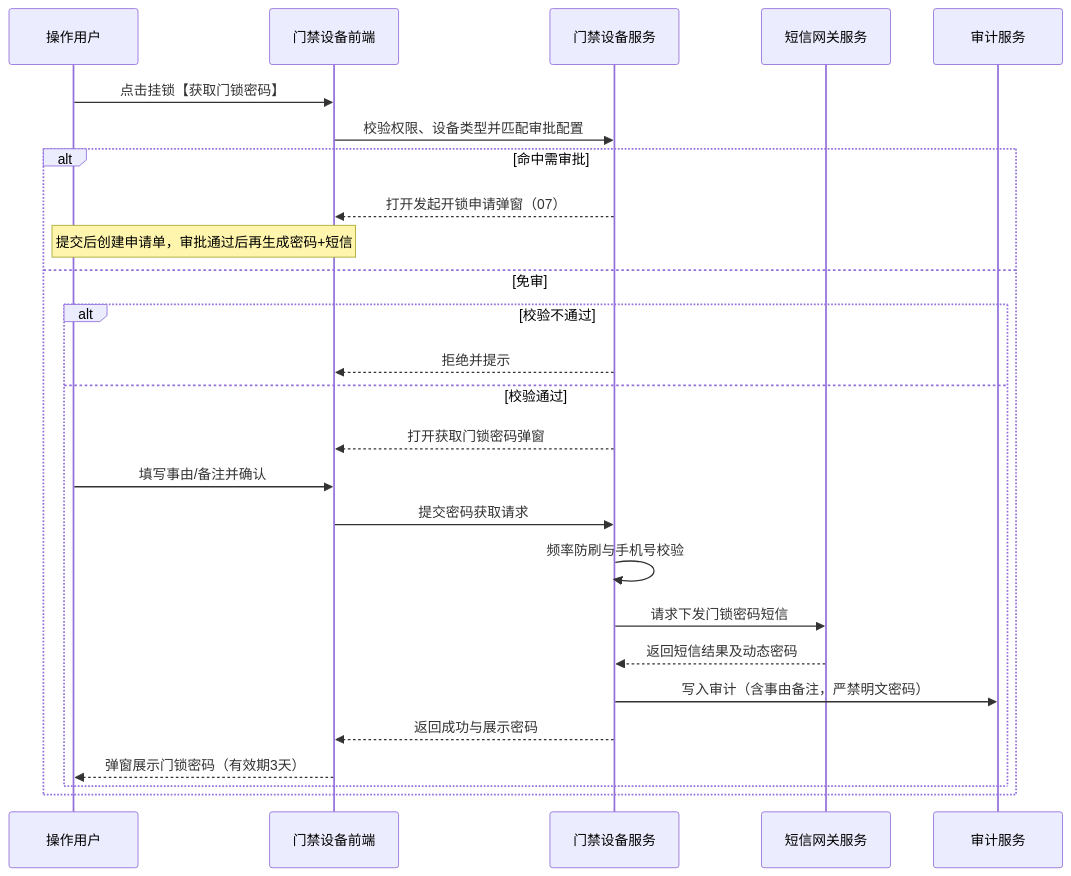
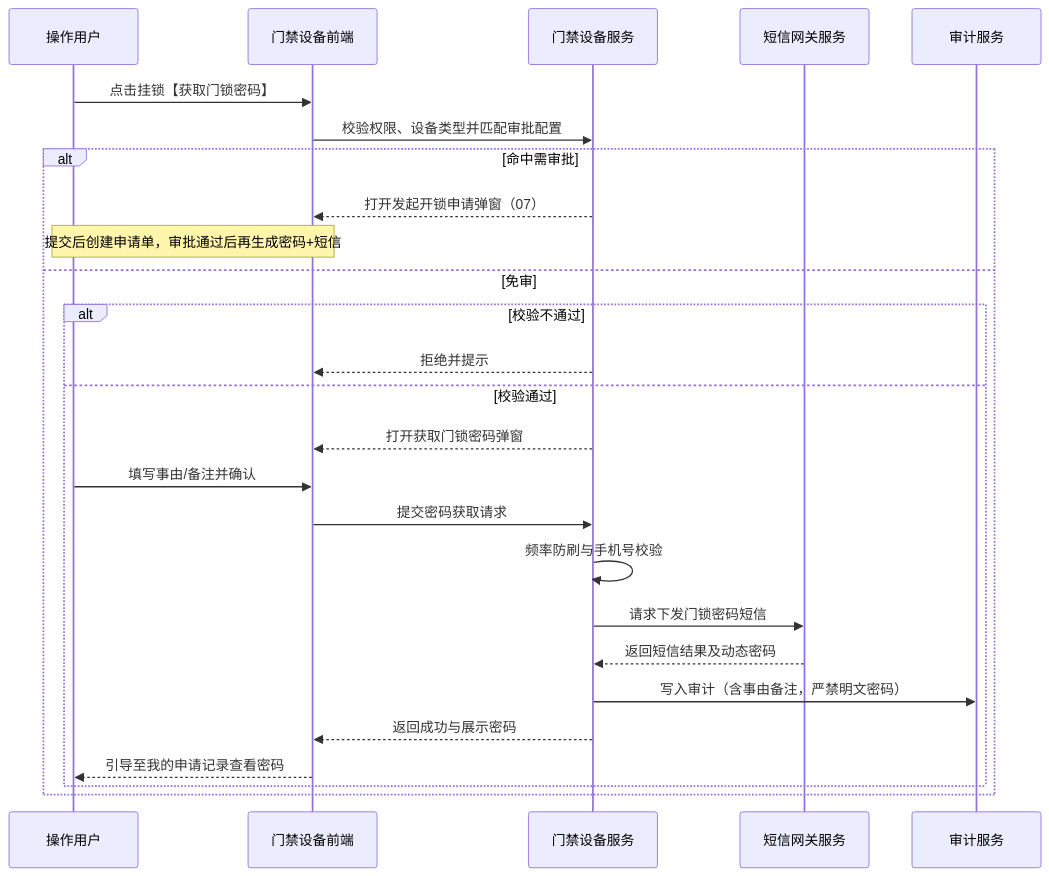
The first of 4 diagrams in 02-PRD文档/B-迭代需求/6.2版本（2026.08）/01-物联网IOT管理/02门禁设备/门禁设备主PRD.md (RobertHuang999/SYZC), drawn with Mermaid before and after one commit. The commit also changed other lines of this file and 126 other files, not shown here.

````diff
--- a/02-PRD文档/B-迭代需求/6.2版本（2026.08）/01-物联网IOT管理/02门禁设备/门禁设备主PRD.md
+++ b/02-PRD文档/B-迭代需求/6.2版本（2026.08）/01-物联网IOT管理/02门禁设备/门禁设备主PRD.md
@@ -336,29 +336,29 @@
 ```mermaid
 sequenceDiagram
     participant U as 操作用户
     participant F as 门禁设备前端
     participant B as 门禁设备服务
     participant SMS as 短信网关服务
     participant L as 审计服务
 
     U->>F: 点击挂锁【获取门锁密码】
     F->>B: 校验权限、设备类型并匹配审批配置
     alt 命中需审批
         B-->>F: 打开发起开锁申请弹窗（07）
         Note over F,U: 提交后创建申请单，审批通过后再生成密码+短信
     else 免审
         alt 校验不通过
             B-->>F: 拒绝并提示
         else 校验通过
             B-->>F: 打开获取门锁密码弹窗
             U->>F: 填写事由/备注并确认
             F->>B: 提交密码获取请求
             B->>B: 频率防刷与手机号校验
             B->>SMS: 请求下发门锁密码短信
             SMS-->>B: 返回短信结果及动态密码
             B->>L: 写入审计（含事由备注，严禁明文密码）
             B-->>F: 返回成功与展示密码
-            F-->>U: 弹窗展示门锁密码（有效期3天）
+            F-->>U: 引导至我的申请记录查看密码
         end
     end
 ```
````
